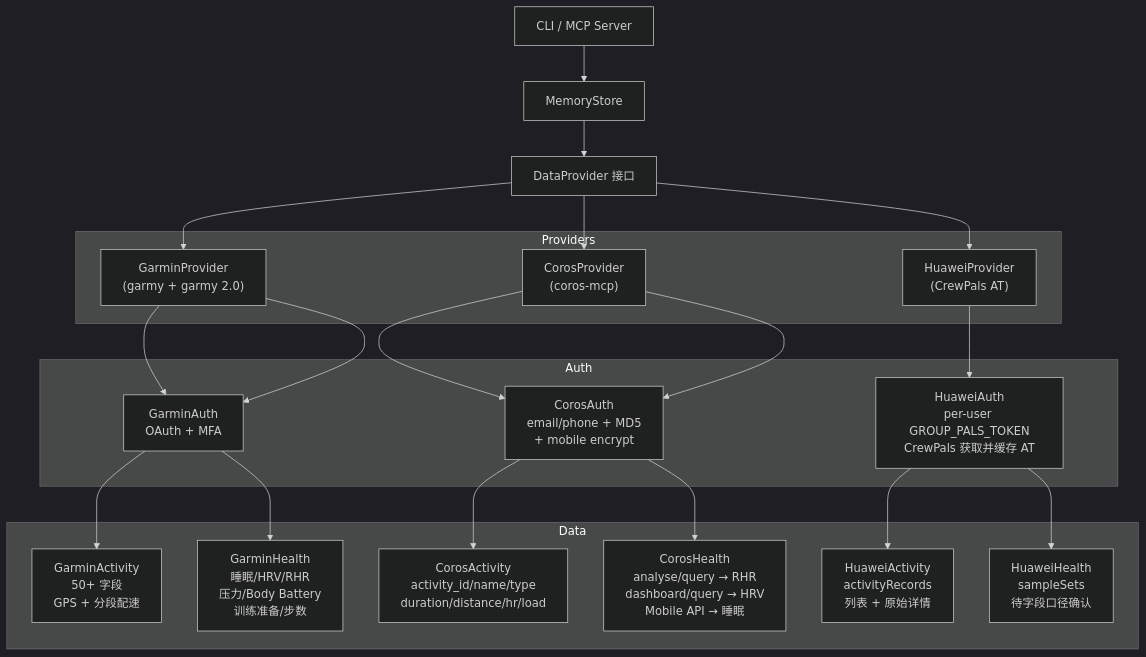
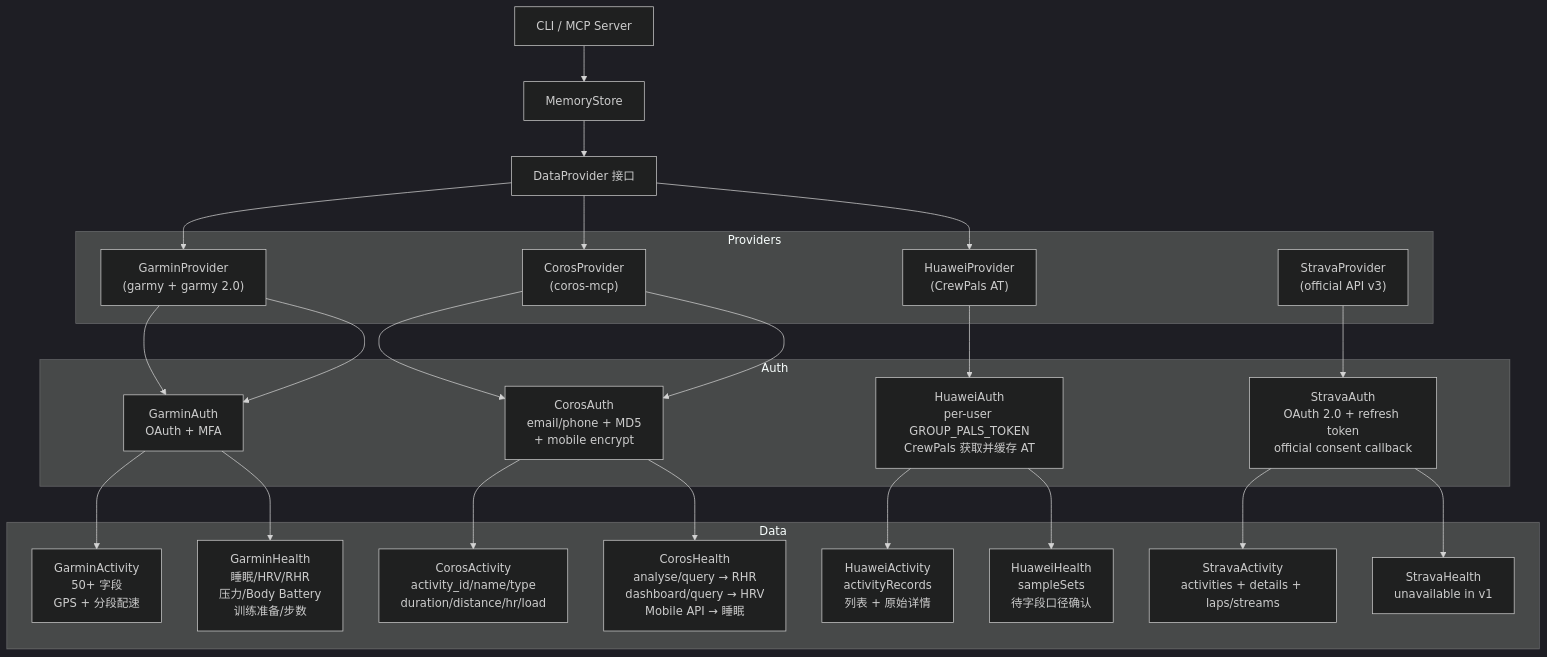
Before and after one commit to qd1993102/rundown: the diagram in docs/design/12-multi-platform.md, drawn with Mermaid (dark theme). The commit also changed other lines of this file and 179 other files, not shown here.

````diff
--- a/docs/design/12-multi-platform.md
+++ b/docs/design/12-multi-platform.md
@@ -21,39 +21,45 @@
 ```mermaid
 graph TD
     CLI["CLI / MCP Server"]
     MEMORY["MemoryStore"]
     PROVIDER["DataProvider 接口"]
 
     subgraph Providers
         GARMIN["GarminProvider<br/>(garmy + garmy 2.0)"]
         COROS["CorosProvider<br/>(coros-mcp)"]
         HUAWEI["HuaweiProvider<br/>(CrewPals AT)"]
+        STRAVA["StravaProvider<br/>(official API v3)"]
     end
 
     subgraph Auth
         GA["GarminAuth<br/>OAuth + MFA"]
         CA["CorosAuth<br/>email/phone + MD5<br/>+ mobile encrypt"]
         HA["HuaweiAuth<br/>per-user GROUP_PALS_TOKEN<br/>CrewPals 获取并缓存 AT"]
+        SA["StravaAuth<br/>OAuth 2.0 + refresh token<br/>official consent callback"]
     end
 
     subgraph Data
         G_ACT["GarminActivity<br/>50+ 字段<br/>GPS + 分段配速"]
         C_ACT["CorosActivity<br/>activity_id/name/type<br/>duration/distance/hr/load"]
         H_ACT["HuaweiActivity<br/>activityRecords<br/>列表 + 原始详情"]
+        S_ACT["StravaActivity<br/>activities + details + laps/streams"]
         G_HEALTH["GarminHealth<br/>睡眠/HRV/RHR<br/>压力/Body Battery<br/>训练准备/步数"]
         C_HEALTH["CorosHealth<br/>analyse/query → RHR<br/>dashboard/query → HRV<br/>Mobile API → 睡眠"]
         H_HEALTH["HuaweiHealth<br/>sampleSets<br/>待字段口径确认"]
+        S_HEALTH["StravaHealth<br/>unavailable in v1"]
     end
 
     CLI --> MEMORY
     MEMORY --> PROVIDER
     PROVIDER --> GARMIN
     PROVIDER --> COROS
     PROVIDER --> HUAWEI
     GARMIN --> GA --> G_ACT
     GARMIN --> GA --> G_HEALTH
     COROS --> CA --> C_ACT
     COROS --> CA --> C_HEALTH
     HUAWEI --> HA --> H_ACT
     HA --> H_HEALTH
+    STRAVA --> SA --> S_ACT
+    SA --> S_HEALTH
 ```
````
